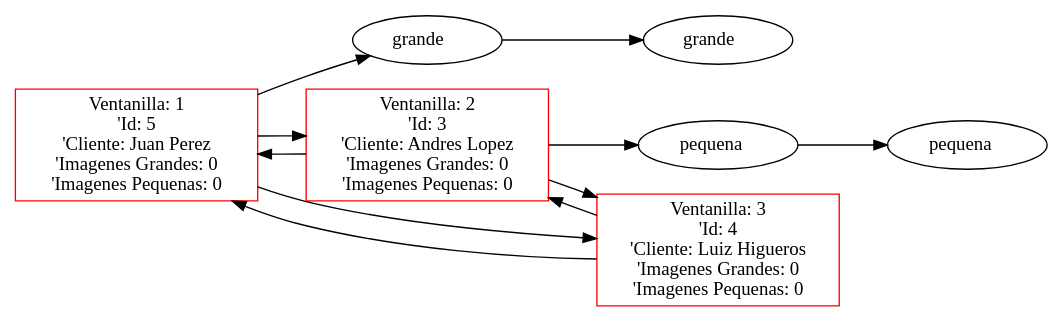
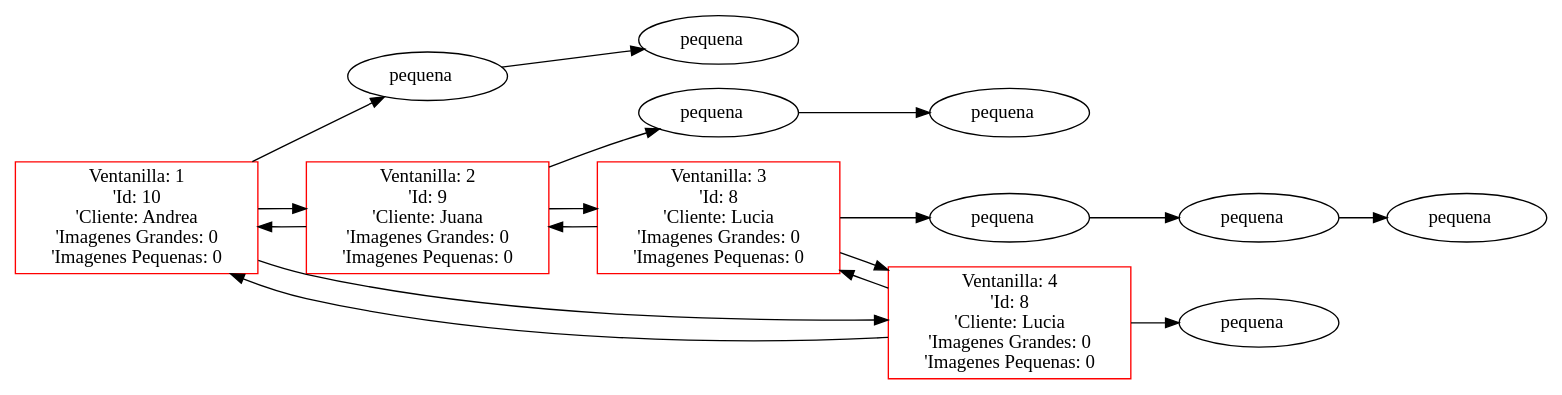
One commit to FranklinONP/EDD_PROYECTO_202200089 changed the diagram in Proyecto1/Proyecto1_202200089/Pruebas/PJ/Espera.dot. Above: the diagram before and after it, drawn with Graphviz. The commit also changed 12 other files, not shown here.

```diff
--- a/Proyecto1/Proyecto1_202200089/Pruebas/PJ/Espera.dot
+++ b/Proyecto1/Proyecto1_202200089/Pruebas/PJ/Espera.dot
@@ -1,20 +1,31 @@
  digraph G {
  rankdir=LR;
- node0 [label="Ventanilla: 1\n'Id: 5\n'Cliente: Juan Perez\n'Imagenes Grandes: 0\n'Imagenes Pequenas: 0", color="red", shape="rectangle"];
- element00 [label="grande    ", shape="ellipse"];
+ node0 [label="Ventanilla: 1\n'Id: 10\n'Cliente: Andrea\n'Imagenes Grandes: 0\n'Imagenes Pequenas: 0", color="red", shape="rectangle"];
+ element00 [label="pequena   ", shape="ellipse"];
  node0 -> element00 [dir="forward"];
  element00 -> element01 [dir="forward"];
- element01 [label="grande    ", shape="ellipse"];
- node1 [label="Ventanilla: 2\n'Id: 3\n'Cliente: Andres Lopez\n'Imagenes Grandes: 0\n'Imagenes Pequenas: 0", color="red", shape="rectangle"];
+ element01 [label="pequena   ", shape="ellipse"];
+ node1 [label="Ventanilla: 2\n'Id: 9\n'Cliente: Juana\n'Imagenes Grandes: 0\n'Imagenes Pequenas: 0", color="red", shape="rectangle"];
  element10 [label="pequena   ", shape="ellipse"];
  node1 -> element10 [dir="forward"];
  element10 -> element11 [dir="forward"];
  element11 [label="pequena   ", shape="ellipse"];
  node0 -> node1 [dir="back"];
  node0 -> node1 [dir="forward"];
- node2 [label="Ventanilla: 3\n'Id: 4\n'Cliente: Luiz Higueros\n'Imagenes Grandes: 0\n'Imagenes Pequenas: 0", color="red", shape="rectangle"];
+ node2 [label="Ventanilla: 3\n'Id: 8\n'Cliente: Lucia\n'Imagenes Grandes: 0\n'Imagenes Pequenas: 0", color="red", shape="rectangle"];
+ element20 [label="pequena   ", shape="ellipse"];
+ node2 -> element20 [dir="forward"];
+ element20 -> element21 [dir="forward"];
+ element21 [label="pequena   ", shape="ellipse"];
+ element21 -> element22 [dir="forward"];
+ element22 [label="pequena   ", shape="ellipse"];
  node1 -> node2 [dir="back"];
  node1 -> node2 [dir="forward"];
- node2 -> node0 [dir="forward"];
- node2 -> node0 [dir="back"];
+ node3 [label="Ventanilla: 4\n'Id: 8\n'Cliente: Lucia\n'Imagenes Grandes: 0\n'Imagenes Pequenas: 0", color="red", shape="rectangle"];
+ element30 [label="pequena   ", shape="ellipse"];
+ node3 -> element30 [dir="forward"];
+ node2 -> node3 [dir="back"];
+ node2 -> node3 [dir="forward"];
+ node3 -> node0 [dir="forward"];
+ node3 -> node0 [dir="back"];
  }
```
